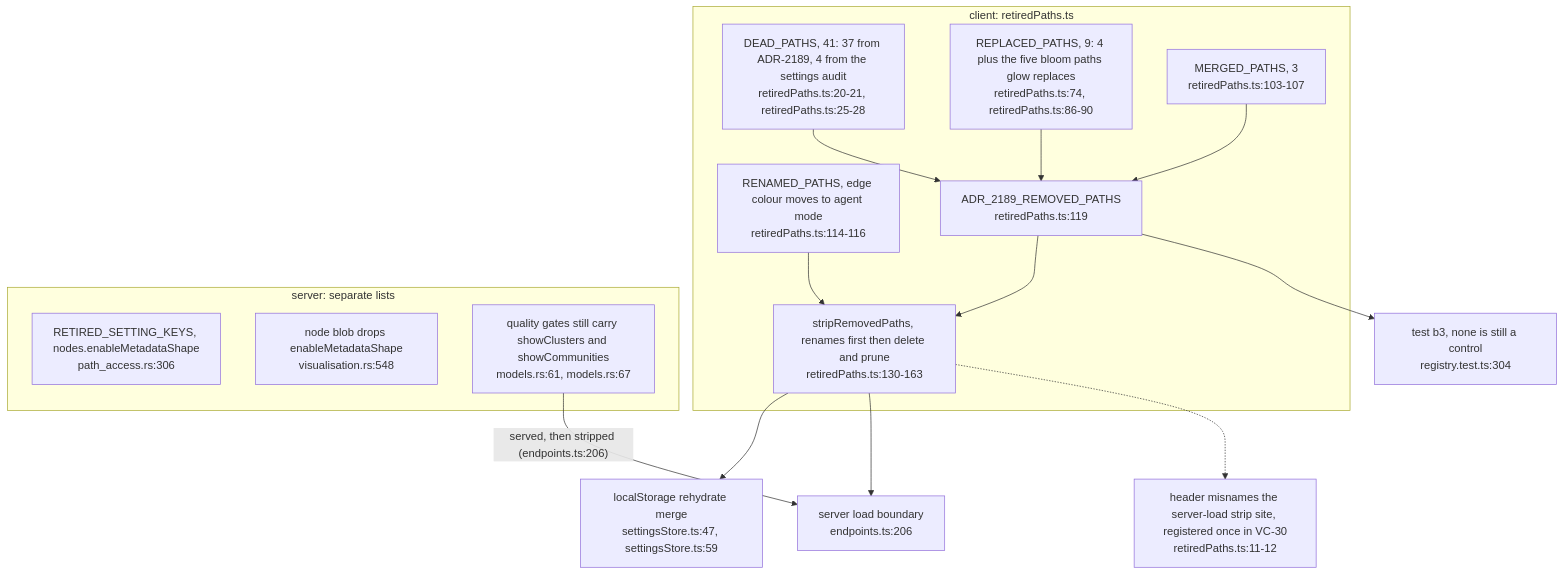
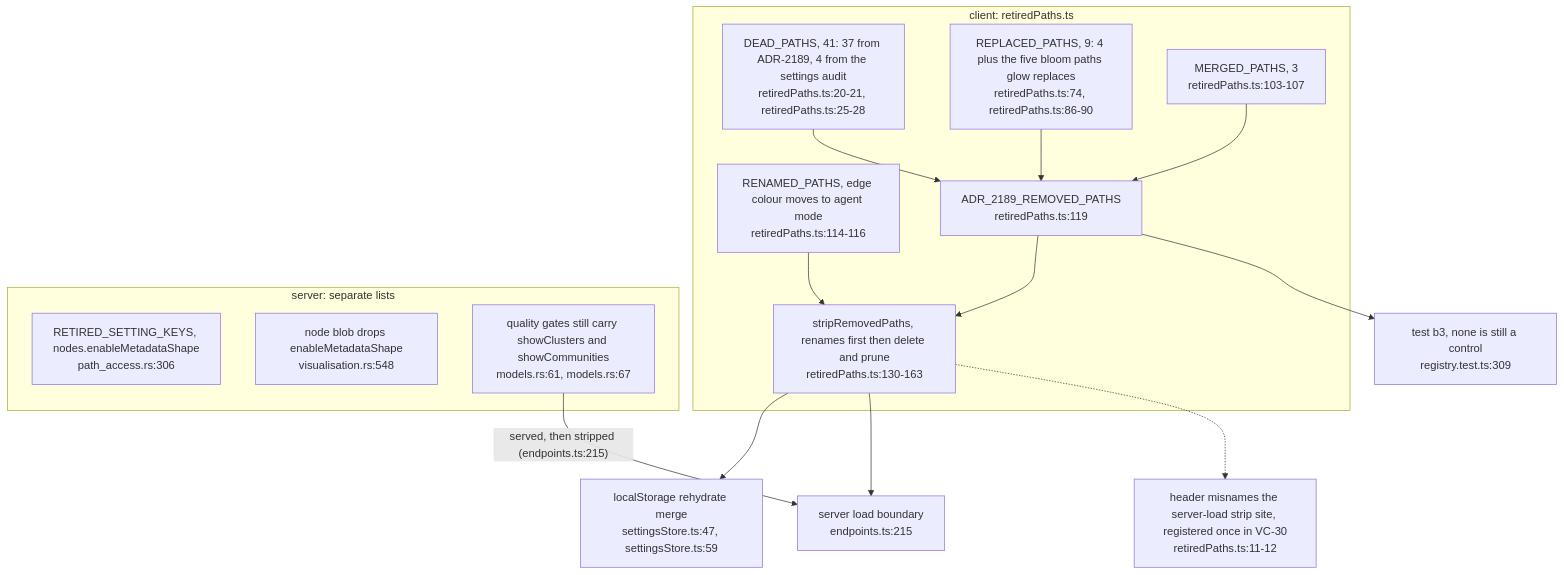
One commit to DreamLab-AI/VisionFlow changed diagram 11 of 12 in docs/diagrams/visionclaw/57-control-centre-ia-and-drawer.md. Above: the diagram before and after it, drawn with Mermaid. The commit also changed other lines of this file and 6 other files, not shown here.

First line of the commit message:
diagrams(visionclaw): re-verify VC-51..57 at visionclaw 4900ec60

````diff
--- a/docs/diagrams/visionclaw/57-control-centre-ia-and-drawer.md
+++ b/docs/diagrams/visionclaw/57-control-centre-ia-and-drawer.md
@@ -339,26 +339,26 @@
 ```mermaid
 flowchart TB
     subgraph client["client: retiredPaths.ts"]
         DP["DEAD_PATHS, 41: 37 from ADR-2189, 4 from the settings audit<br/>retiredPaths.ts:20-21, retiredPaths.ts:25-28"]
         RP["REPLACED_PATHS, 9: 4 plus the five bloom paths glow replaces<br/>retiredPaths.ts:74, retiredPaths.ts:86-90"]
         MP["MERGED_PATHS, 3<br/>retiredPaths.ts:103-107"]
         RN["RENAMED_PATHS, edge colour moves to agent mode<br/>retiredPaths.ts:114-116"]
         ALL["ADR_2189_REMOVED_PATHS<br/>retiredPaths.ts:119"]
         STRIP["stripRemovedPaths, renames first then delete and prune<br/>retiredPaths.ts:130-163"]
     end
     DP --> ALL
     RP --> ALL
     MP --> ALL
     ALL --> STRIP
     RN --> STRIP
     STRIP --> S1["localStorage rehydrate merge<br/>settingsStore.ts:47, settingsStore.ts:59"]
-    STRIP --> S2["server load boundary<br/>endpoints.ts:206"]
-    ALL --> S3["test b3, none is still a control<br/>registry.test.ts:304"]
+    STRIP --> S2["server load boundary<br/>endpoints.ts:215"]
+    ALL --> S3["test b3, none is still a control<br/>registry.test.ts:309"]
     STRIP -.-> DR["header misnames the server-load strip site, registered once in VC-30<br/>retiredPaths.ts:11-12"]
     subgraph server["server: separate lists"]
         PA["RETIRED_SETTING_KEYS, nodes.enableMetadataShape<br/>path_access.rs:306"]
         DV["node blob drops enableMetadataShape<br/>visualisation.rs:548"]
         QG["quality gates still carry showClusters and showCommunities<br/>models.rs:61, models.rs:67"]
     end
-    QG -->|"served, then stripped (endpoints.ts:206)"| S2
+    QG -->|"served, then stripped (endpoints.ts:215)"| S2
 ```
````
